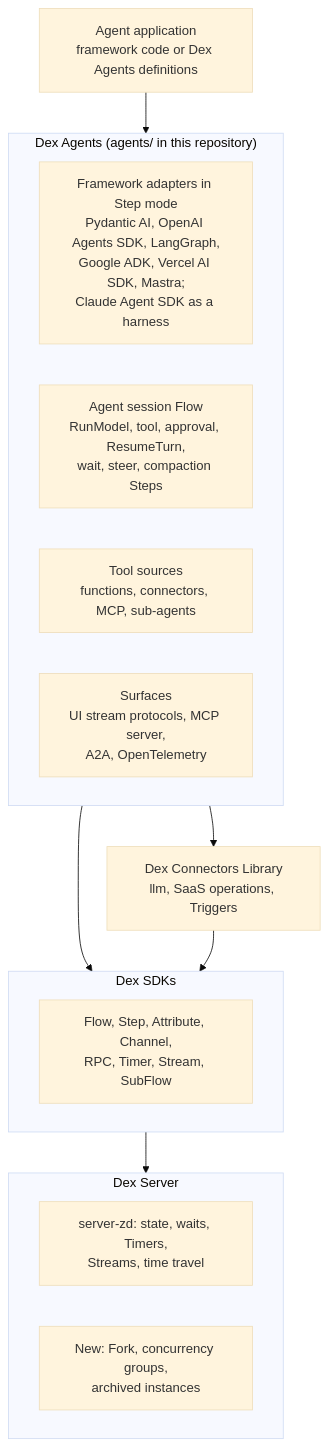
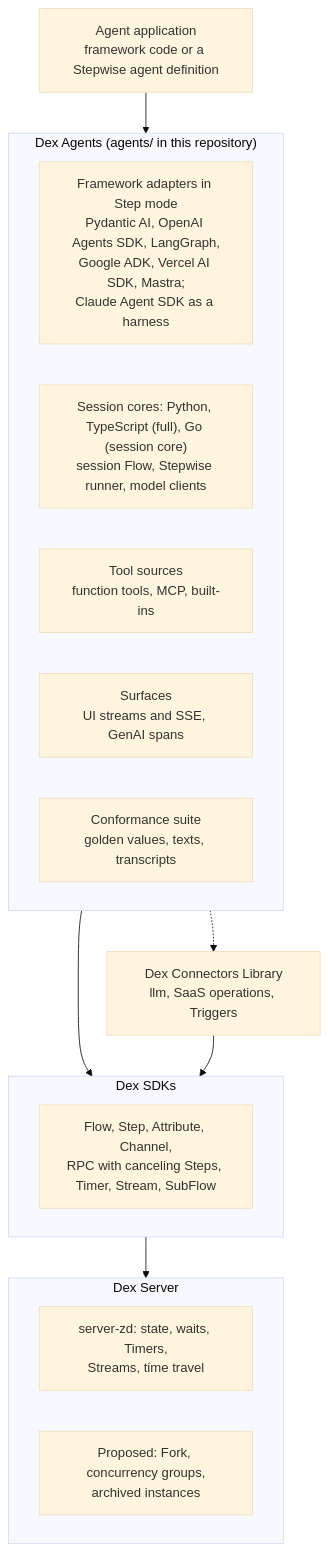
One commit to superdurable/dex changed the first of 3 diagrams in docs/design/long-running-agents.md. Above: the diagram before and after it, drawn with Mermaid (base theme). The commit also changed other lines of this file and 1 other file, not shown here.

First line of the commit message:
Update the long-running agents design to what was built in M1 and M2

````diff
--- a/docs/design/long-running-agents.md
+++ b/docs/design/long-running-agents.md
@@ -166,23 +226,24 @@
 ```mermaid
 flowchart TB
-  app["Agent application<br/>framework code or Dex Agents definitions"]
+  app["Agent application<br/>framework code or a Stepwise agent definition"]
   subgraph agents["Dex Agents (agents/ in this repository)"]
     adapters["Framework adapters in Step mode<br/>Pydantic AI, OpenAI Agents SDK, LangGraph,<br/>Google ADK, Vercel AI SDK, Mastra;<br/>Claude Agent SDK as a harness"]
-    harness["Agent session Flow<br/>RunModel, tool, approval, ResumeTurn,<br/>wait, steer, compaction Steps"]
-    tools["Tool sources<br/>functions, connectors, MCP, sub-agents"]
-    surfaces["Surfaces<br/>UI stream protocols, MCP server,<br/>A2A, OpenTelemetry"]
+    cores["Session cores: Python, TypeScript (full), Go (session core)<br/>session Flow, Stepwise runner, model clients"]
+    tools["Tool sources<br/>function tools, MCP, built-ins"]
+    surfaces["Surfaces<br/>UI streams and SSE, GenAI spans"]
+    conformance["Conformance suite<br/>golden values, texts, transcripts"]
   end
   subgraph sdk["Dex SDKs"]
-    primitives["Flow, Step, Attribute, Channel,<br/>RPC, Timer, Stream, SubFlow"]
+    primitives["Flow, Step, Attribute, Channel,<br/>RPC with canceling Steps, Timer, Stream, SubFlow"]
   end
   subgraph server["Dex Server"]
     zd["server-zd: state, waits, Timers,<br/>Streams, time travel"]
-    newserver["New: Fork, concurrency groups,<br/>archived instances"]
+    newserver["Proposed: Fork, concurrency groups,<br/>archived instances"]
   end
   connectors["Dex Connectors Library<br/>llm, SaaS operations, Triggers"]
   app --> agents
   agents --> sdk
-  agents --> connectors
+  agents -.-> connectors
   connectors --> sdk
   sdk --> server
 ```
````
